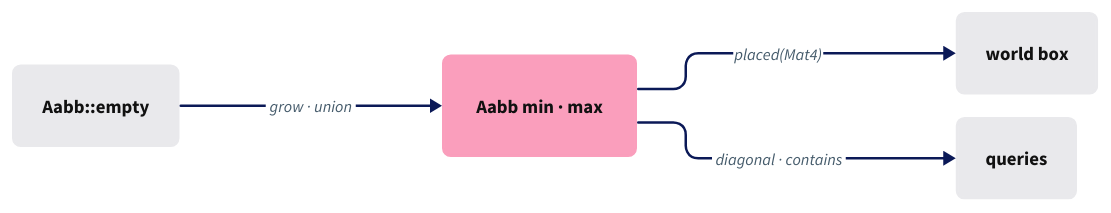
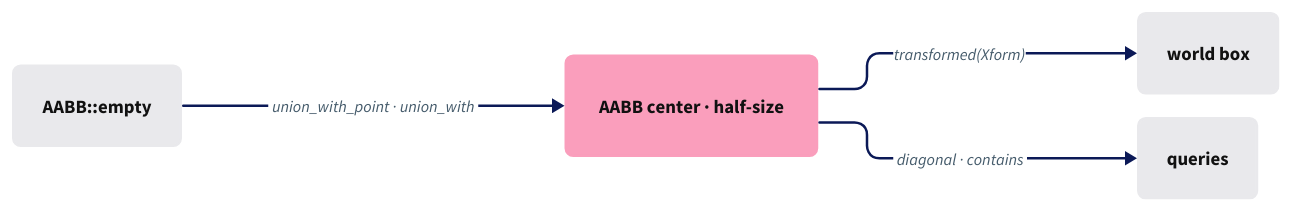
One commit to petrasvestartas/session changed the diagram in session_viewer/docs/diagrams/02-02.d2. Above: the diagram before and after it, drawn with D2. The commit also changed 237 other files, not shown here.

```diff
--- a/session_viewer/docs/diagrams/02-02.d2
+++ b/session_viewer/docs/diagrams/02-02.d2
@@ -1,16 +1,16 @@
 vars: { d2-config: { layout-engine: elk; pad: 20; theme-id: 0 } }
 style: { fill: "#ffffff" }
 classes: {
   box:   { style: { fill: "#e9e9ec"; stroke: "#e9e9ec"; border-radius: 6; font-size: 15; font-color: "#111111" } }
   focus: { style: { fill: "#fa9ebc"; stroke: "#fa9ebc"; border-radius: 6; font-size: 15; font-color: "#111111" } }
 }
 direction: right
 
-E: "Aabb::empty" { class: box }
-B: "Aabb min · max" { class: focus }
+E: "AABB::empty" { class: box }
+B: "AABB center · half-size" { class: focus }
 W: "world box" { class: box }
 Q: "queries" { class: box }
 
-E -> B: "grow · union" { style: { stroke: "#0b1957"; stroke-width: 2; font-size: 13; font-color: "#455b6b" } }
-B -> W: "placed(Mat4)" { style: { stroke: "#0b1957"; stroke-width: 2; font-size: 13; font-color: "#455b6b" } }
+E -> B: "union_with_point · union_with" { style: { stroke: "#0b1957"; stroke-width: 2; font-size: 13; font-color: "#455b6b" } }
+B -> W: "transformed(Xform)" { style: { stroke: "#0b1957"; stroke-width: 2; font-size: 13; font-color: "#455b6b" } }
 B -> Q: "diagonal · contains" { style: { stroke: "#0b1957"; stroke-width: 2; font-size: 13; font-color: "#455b6b" } }
```
